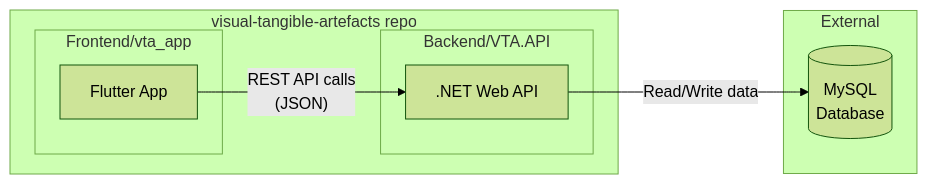
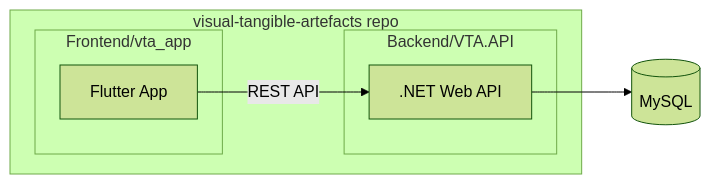
The fourth of 5 diagrams in docs/Development/architecture.md (aau-giraf/wiki), drawn with Mermaid (forest theme) before and after one commit. The commit also changed other lines of this file, not shown here.

Commit message:
Add equal VTA coverage to architecture overview

````diff
--- a/docs/Development/architecture.md
+++ b/docs/Development/architecture.md
@@ -82,19 +148,16 @@
 ```mermaid
 graph LR
     subgraph "visual-tangible-artefacts repo"
         subgraph "Frontend/vta_app"
             APP["Flutter App"]
         end
-
         subgraph "Backend/VTA.API"
             API[".NET Web API"]
         end
     end
 
-    subgraph "External"
-        DB[(MySQL<br/>Database)]
-    end
+    DB[(MySQL)]
 
-    APP -->|"REST API calls<br/>(JSON)"| API
-    API -->|"Read/Write data"| DB
+    APP -->|"REST API"| API
+    API --> DB
 ```
````
